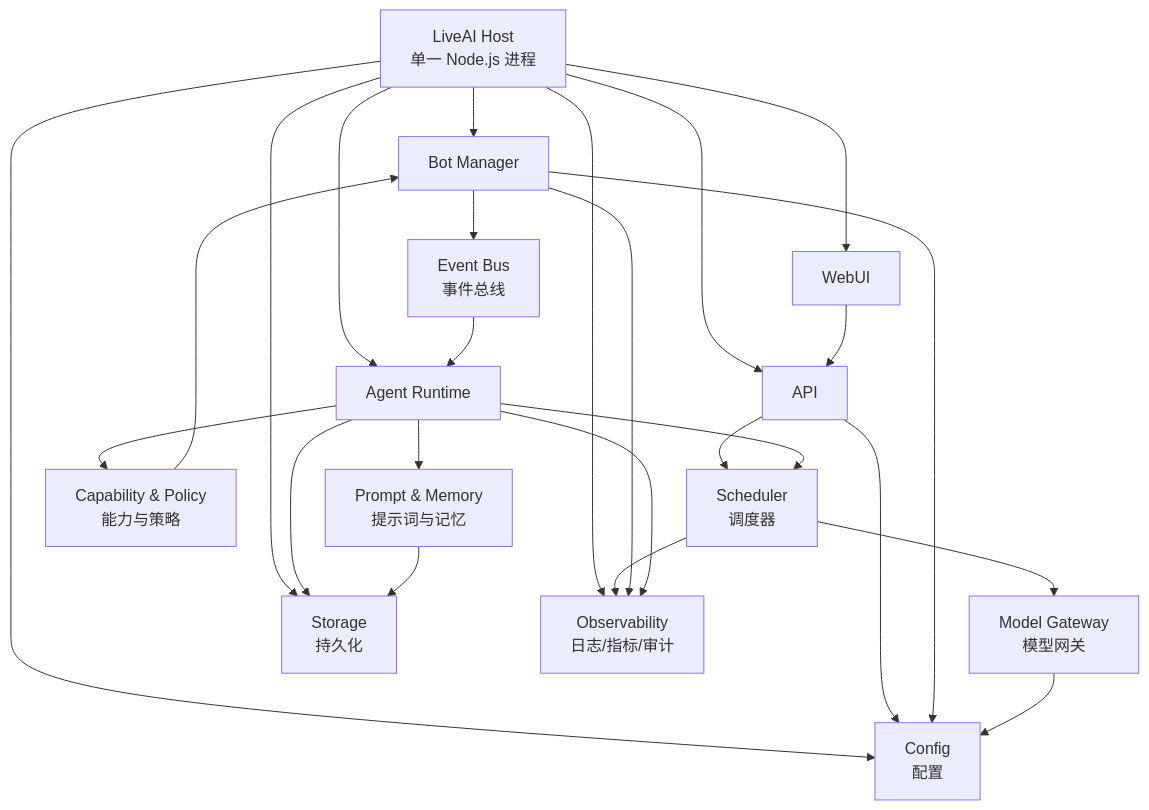
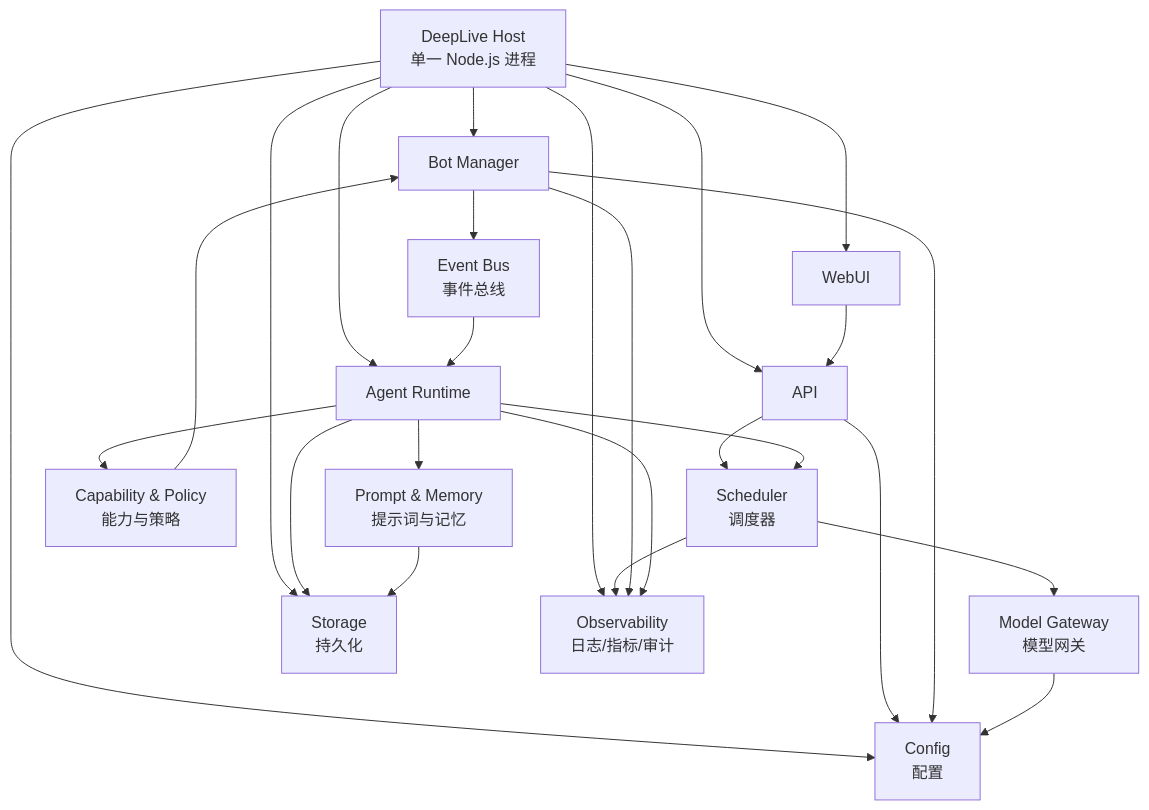
Before and after one commit to Loliyer520/LiveAi: the first of 2 diagrams in README.md, drawn with Mermaid. The commit also changed other lines of this file and 76 other files, not shown here.

````diff
--- a/README.md
+++ b/README.md
@@ -131,32 +145,32 @@
 ```mermaid
 flowchart TD
-    Host[LiveAI Host\n单一 Node.js 进程]
+    Host[DeepLive Host\n单一 Node.js 进程]
 
     Host --> WebUI[WebUI]
     Host --> API[API]
     Host --> Bot[Bot Manager]
     Host --> Agent[Agent Runtime]
 
     WebUI --> API
     API --> Scheduler[Scheduler\n调度器]
     Bot --> Events[Event Bus\n事件总线]
     Events --> Agent
     Agent --> Capability[Capability & Policy\n能力与策略]
     Capability --> Bot
     Agent --> Prompt[Prompt & Memory\n提示词与记忆]
     Scheduler --> Model[Model Gateway\n模型网关]
     Agent --> Scheduler
 
     Host --> Config[Config\n配置]
     Host --> Storage[Storage\n持久化]
     Host --> Observe[Observability\n日志/指标/审计]
 
     API --> Config
     Bot --> Config
     Model --> Config
     Agent --> Storage
     Prompt --> Storage
     Scheduler --> Observe
     Bot --> Observe
     Agent --> Observe
 ```
````
